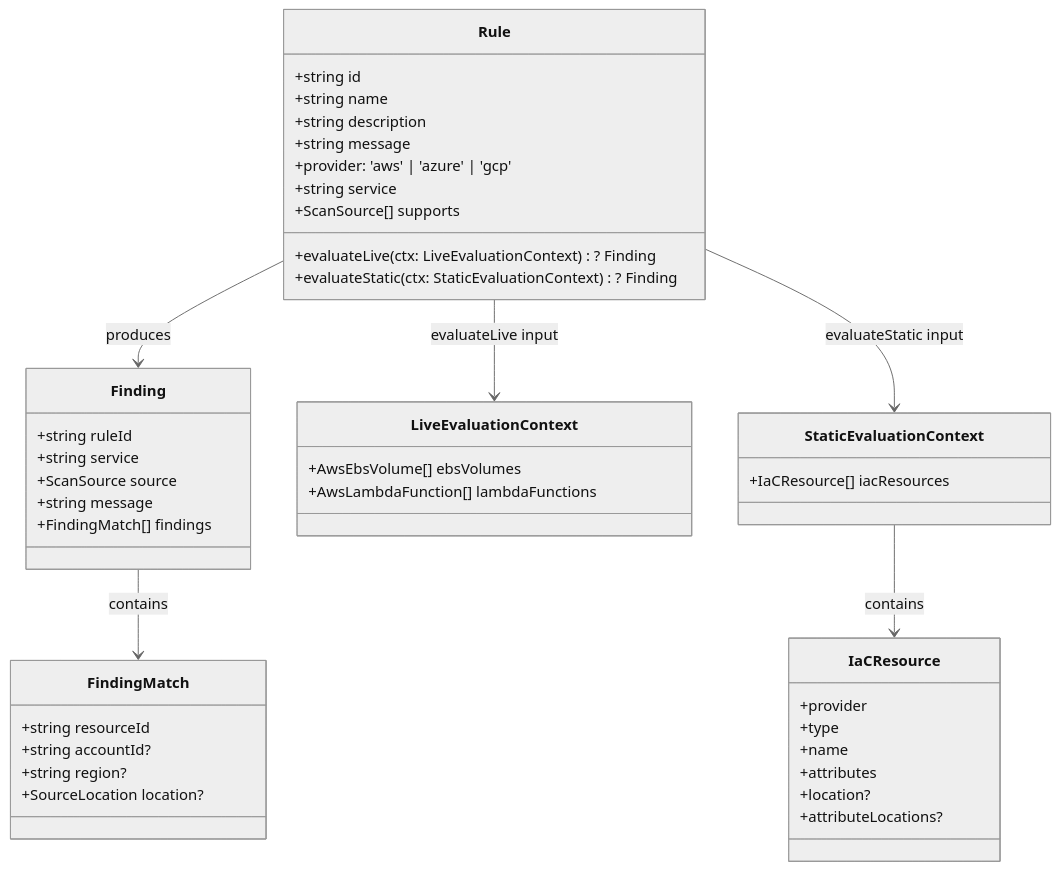
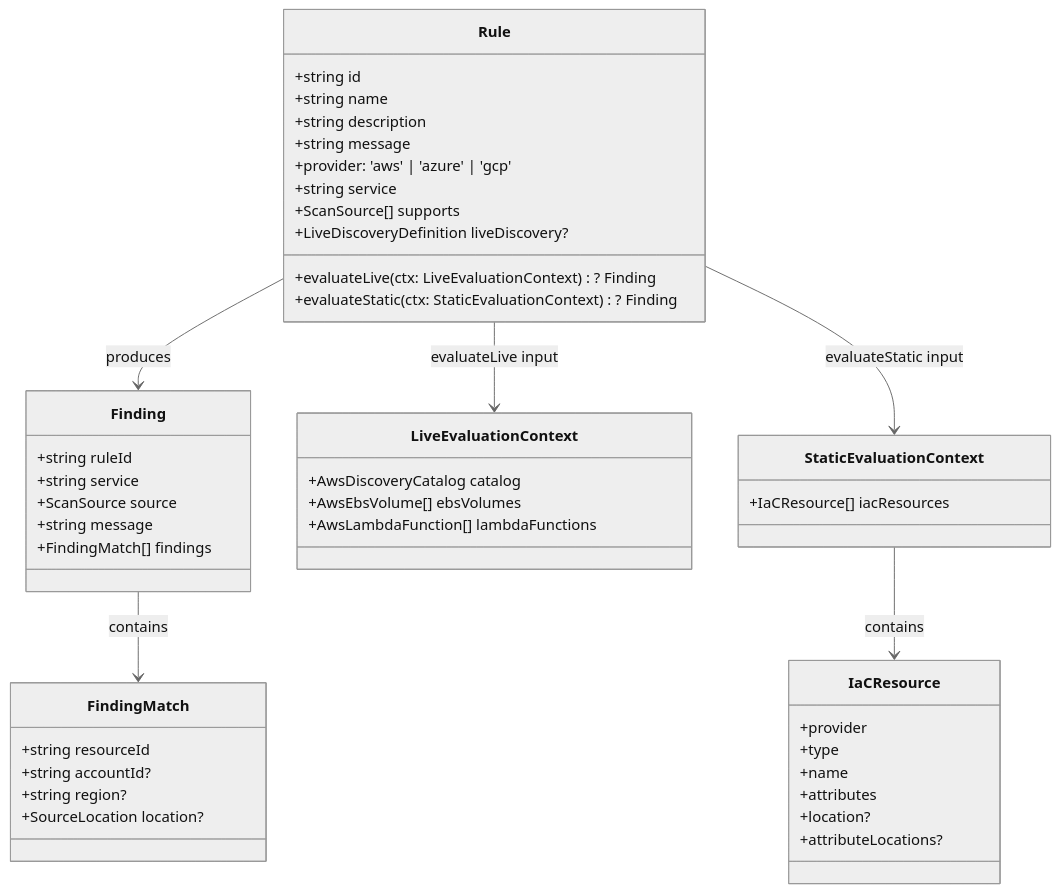
Before and after one commit to towardsthecloud/cloudburn: the first of 2 diagrams in docs/architecture/rules.md, drawn with Mermaid (neutral theme). The commit also changed other lines of this file and 59 other files, not shown here.

First line of the commit message:
feat(cli): route live discovery through AWS Resource Explorer (#24)

````diff
--- a/docs/architecture/rules.md
+++ b/docs/architecture/rules.md
@@ -5,53 +5,55 @@
 ```mermaid
 classDiagram
   class Rule {
     +string id
     +string name
     +string description
     +string message
     +provider: 'aws' | 'azure' | 'gcp'
     +string service
     +ScanSource[] supports
+    +LiveDiscoveryDefinition liveDiscovery?
     +evaluateLive(ctx: LiveEvaluationContext)? Finding
     +evaluateStatic(ctx: StaticEvaluationContext)? Finding
   }
 
   class Finding {
     +string ruleId
     +string service
     +ScanSource source
     +string message
     +FindingMatch[] findings
   }
 
   class FindingMatch {
     +string resourceId
     +string accountId?
     +string region?
     +SourceLocation location?
   }
 
   class LiveEvaluationContext {
+    +AwsDiscoveryCatalog catalog
     +AwsEbsVolume[] ebsVolumes
     +AwsLambdaFunction[] lambdaFunctions
   }
 
   class IaCResource {
     +provider
     +type
     +name
     +attributes
     +location?
     +attributeLocations?
   }
 
   class StaticEvaluationContext {
     +IaCResource[] iacResources
   }
 
   Rule --> Finding : produces
   Finding --> FindingMatch : contains
   Rule --> LiveEvaluationContext : evaluateLive input
   Rule --> StaticEvaluationContext : evaluateStatic input
   StaticEvaluationContext --> IaCResource : contains
 ```
````
